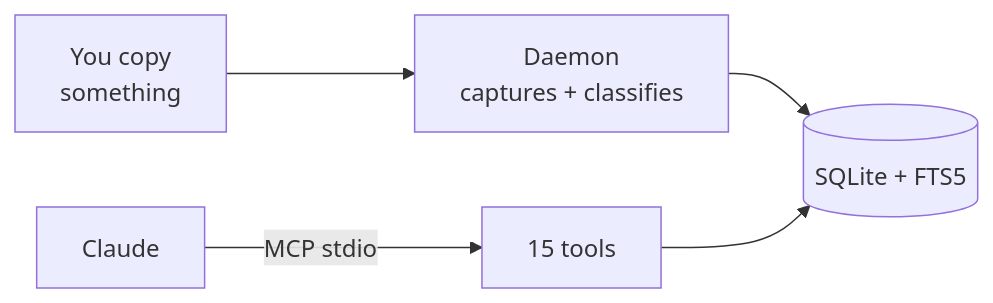
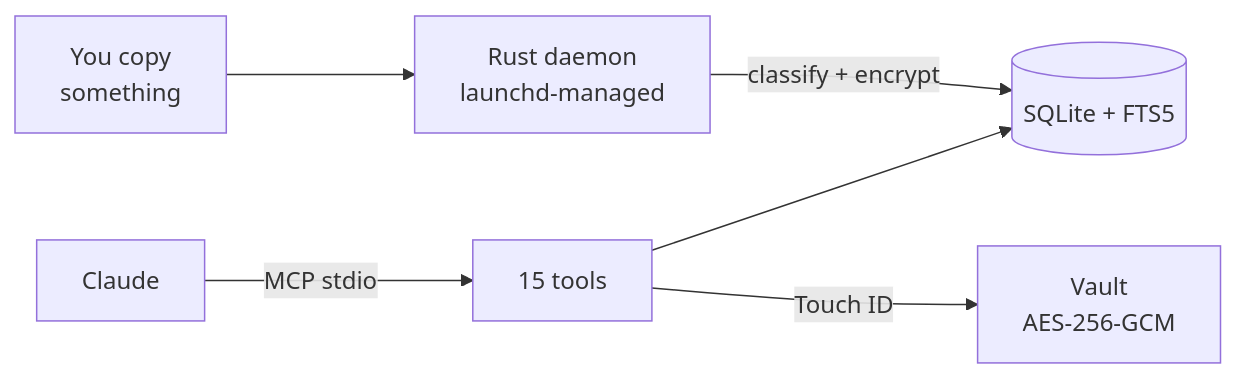
Before and after one commit to d-khomenko/clipboard-history-mcp: the diagram in README.md, drawn with Mermaid. The commit also changed other lines of this file, not shown here.

First line of the commit message:
docs: rewrite README for v3 Rust + MCPB distribution (Task 25)

````diff
--- a/README.md
+++ b/README.md
@@ -5,7 +7,8 @@
 ```mermaid
 flowchart LR
-  U[You copy<br/>something] --> D[Daemon<br/>captures + classifies]
-  D --> DB[(SQLite + FTS5)]
+  U[You copy<br/>something] --> D[Rust daemon<br/>launchd-managed]
+  D -->|classify + encrypt| DB[(SQLite + FTS5)]
   C[Claude] -->|MCP stdio| M[15 tools]
   M --> DB
+  M -->|Touch ID| V[Vault<br/>AES-256-GCM]
 ```
````
